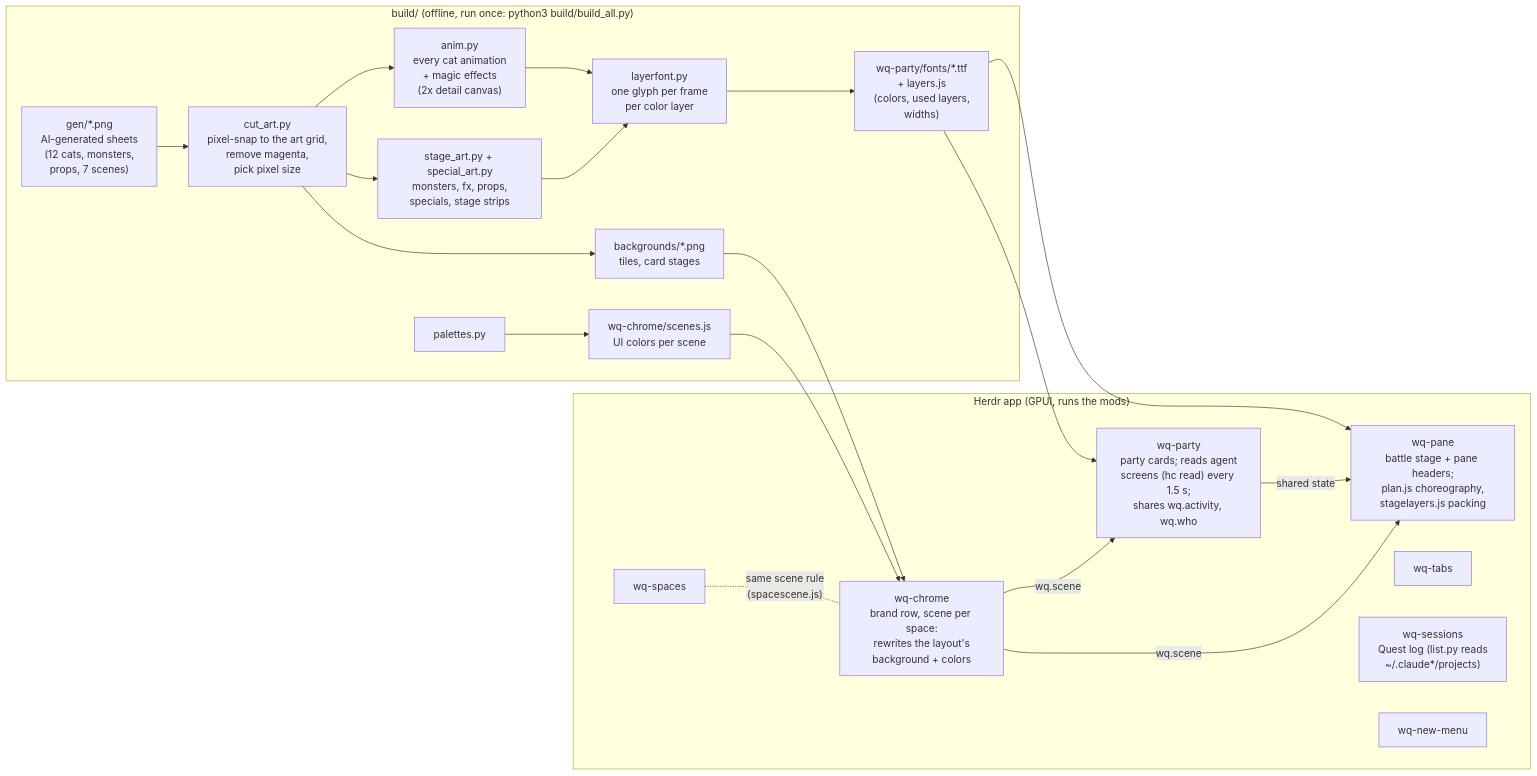
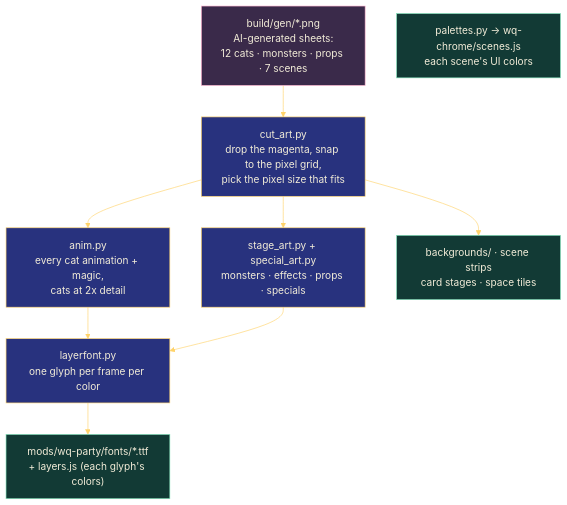
One commit to rdeepak2002/herdr-whisker-quest changed the second of 2 diagrams in README.md. Above: the diagram before and after it, drawn with Mermaid. The commit also changed other lines of this file and 4 other files, not shown here.

First line of the commit message:
README: architecture as images that render on mobile, clearer walkthrough of how it hooks into Herdr

````diff
--- a/README.md
+++ b/README.md
@@ -156,32 +236,24 @@
 ```mermaid
-flowchart LR
-  subgraph build["build/ (offline, run once: python3 build/build_all.py)"]
-    gen["gen/*.png<br/>AI-generated sheets<br/>(12 cats, monsters,<br/>props, 7 scenes)"] --> cut["cut_art.py<br/>pixel-snap to the art grid,<br/>remove magenta,<br/>pick pixel size"]
-    cut --> anim["anim.py<br/>every cat animation<br/>+ magic effects<br/>(2x detail canvas)"]
-    cut --> stage["stage_art.py + special_art.py<br/>monsters, fx, props,<br/>specials, stage strips"]
-    anim --> lf["layerfont.py<br/>one glyph per frame<br/>per color layer"]
-    stage --> lf
-    lf --> fonts["wq-party/fonts/*.ttf<br/>+ layers.js<br/>(colors, used layers,<br/>widths)"]
-    cut --> bg["backgrounds/*.png<br/>tiles, card stages"]
-    pal["palettes.py"] --> scenesjs["wq-chrome/scenes.js<br/>UI colors per scene"]
-  end
+%%{init: {'theme': 'base', 'themeVariables': {'background': '#0e1546', 'primaryColor': '#28327e', 'primaryTextColor': '#f2ecd8', 'primaryBorderColor': '#ffd36a', 'lineColor': '#ffd36a', 'edgeLabelBackground': '#0e1546', 'clusterBkg': '#141c52', 'clusterBorder': '#efe6c8', 'titleColor': '#f2ecd8', 'fontSize': '16px'}}}%%
+flowchart TB
+  classDef src fill:#3a2a4a,stroke:#ffb4cf,color:#f2ecd8
+  classDef step fill:#28327e,stroke:#ffd36a,color:#f2ecd8
+  classDef out fill:#123a35,stroke:#7fe0b8,color:#f2ecd8
 
-  subgraph herdr["Herdr app (GPUI, runs the mods)"]
-    chrome["wq-chrome<br/>brand row, scene per space:<br/>rewrites the layout's<br/>background + colors"]
-    party["wq-party<br/>party cards; reads agent<br/>screens (hc read) every 1.5 s;<br/>shares wq.activity, wq.who"]
-    pane["wq-pane<br/>battle stage + pane headers;<br/>plan.js choreography,<br/>stagelayers.js packing"]
-    tabs["wq-tabs"]
-    spacesm["wq-spaces"]
-    sess["wq-sessions<br/>Quest log (list.py reads<br/>~/.claude*/projects)"]
-    menu["wq-new-menu"]
-  end
+  gen["build/gen/*.png<br/>AI-generated sheets:<br/>12 cats · monsters · props · 7 scenes"]:::src
+  cut["cut_art.py<br/>drop the magenta, snap to the pixel grid,<br/>pick the pixel size that fits"]:::step
+  anim["anim.py<br/>every cat animation + magic,<br/>cats at 2x detail"]:::step
+  stage["stage_art.py + special_art.py<br/>monsters · effects · props · specials"]:::step
+  lf["layerfont.py<br/>one glyph per frame per color"]:::step
+  fonts["mods/wq-party/fonts/*.ttf<br/>+ layers.js (each glyph's colors)"]:::out
+  bg["backgrounds/ · scene strips<br/>card stages · space tiles"]:::out
+  pal["palettes.py → wq-chrome/scenes.js<br/>each scene's UI colors"]:::out
 
-  fonts --> party
-  fonts --> pane
-  bg --> chrome
-  scenesjs --> chrome
-  party -- "shared state" --> pane
-  chrome -- "wq.scene" --> pane
-  chrome -- "wq.scene" --> party
-  spacesm -. "same scene rule<br/>(spacescene.js)" .- chrome
+  gen --> cut
+  cut --> anim
+  cut --> stage
+  cut --> bg
+  anim --> lf
+  stage --> lf
+  lf --> fonts
 ```
````
